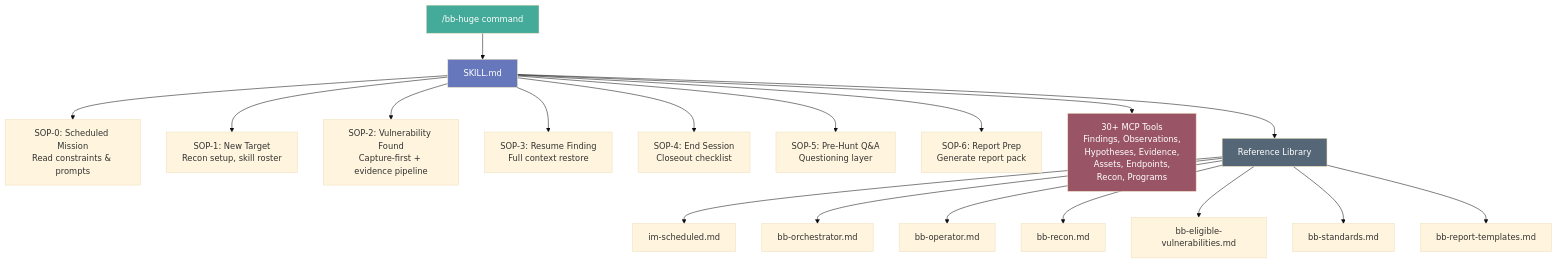
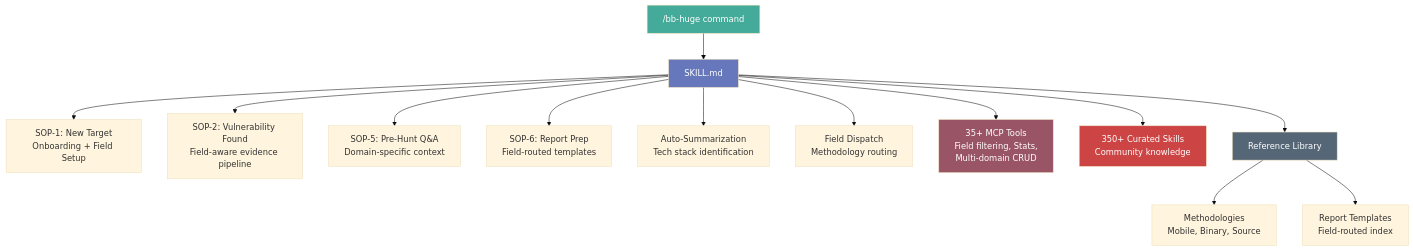
Before and after one commit to ShulkwiSEC/bb-huge: the first of 2 diagrams in README.md, drawn with Mermaid (base theme). The commit also changed other lines of this file and 894 other files, not shown here.

First line of the commit message:
feat: multi-field command center and 350+ curated skills

````diff
--- a/README.md
+++ b/README.md
@@ -98,25 +109,21 @@
 ```mermaid
 graph TB
     C["/bb-huge command"] --> SKILL[SKILL.md]
-    SKILL --> SOP0["SOP-0: Scheduled Mission<br/>Read constraints & prompts"]
-    SKILL --> SOP1["SOP-1: New Target<br/>Recon setup, skill roster"]
-    SKILL --> SOP2["SOP-2: Vulnerability Found<br/>Capture-first + evidence pipeline"]
-    SKILL --> SOP3["SOP-3: Resume Finding<br/>Full context restore"]
-    SKILL --> SOP4["SOP-4: End Session<br/>Closeout checklist"]
-    SKILL --> SOP5["SOP-5: Pre-Hunt Q&A<br/>Questioning layer"]
-    SKILL --> SOP6["SOP-6: Report Prep<br/>Generate report pack"]
-    SKILL --> MCP["30+ MCP Tools<br/>Findings, Observations,<br/>Hypotheses, Evidence,<br/>Assets, Endpoints,<br/>Recon, Programs"]
+    SKILL --> SOP1["SOP-1: New Target<br/>Onboarding + Field Setup"]
+    SKILL --> SOP2["SOP-2: Vulnerability Found<br/>Field-aware evidence pipeline"]
+    SKILL --> SOP5["SOP-5: Pre-Hunt Q&A<br/>Domain-specific context"]
+    SKILL --> SOP6["SOP-6: Report Prep<br/>Field-routed templates"]
+    SKILL --> ASP["Auto-Summarization<br/>Tech stack identification"]
+    SKILL --> DIS["Field Dispatch<br/>Methodology routing"]
+    SKILL --> MCP["35+ MCP Tools<br/>Field filtering, Stats,<br/>Multi-domain CRUD"]
+    SKILL --> CUR["350+ Curated Skills<br/>Community knowledge"]
     SKILL --> REFS["Reference Library"]
-    REFS --> SCHED[im-scheduled.md]
-    REFS --> ORCH[bb-orchestrator.md]
-    REFS --> OP[bb-operator.md]
-    REFS --> RECON[bb-recon.md]
-    REFS --> VULNS[bb-eligible-vulnerabilities.md]
-    REFS --> STD[bb-standards.md]
-    REFS --> TEMPLATES[bb-report-templates.md]
+    REFS --> METH["Methodologies<br/>Mobile, Binary, Source"]
+    REFS --> TEMP["Report Templates<br/>Field-routed index"]
 
     style C fill:#4a9,color:#fff
     style SKILL fill:#67b,color:#fff
     style MCP fill:#956,color:#fff
+    style CUR fill:#c44,color:#fff
     style REFS fill:#567,color:#fff
 ```
````
